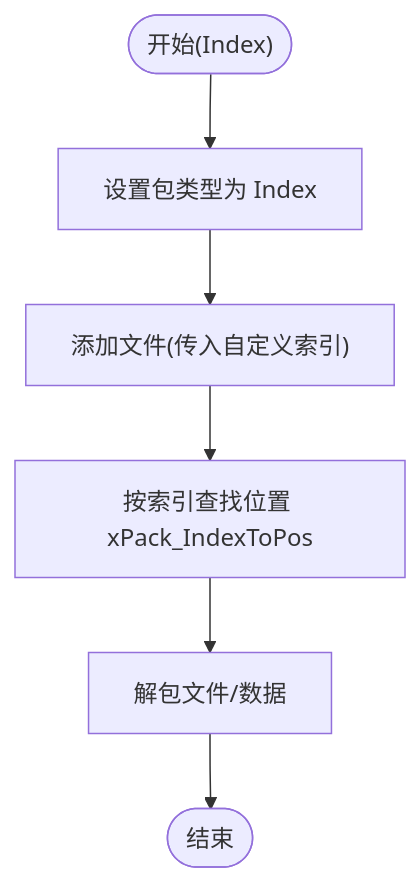
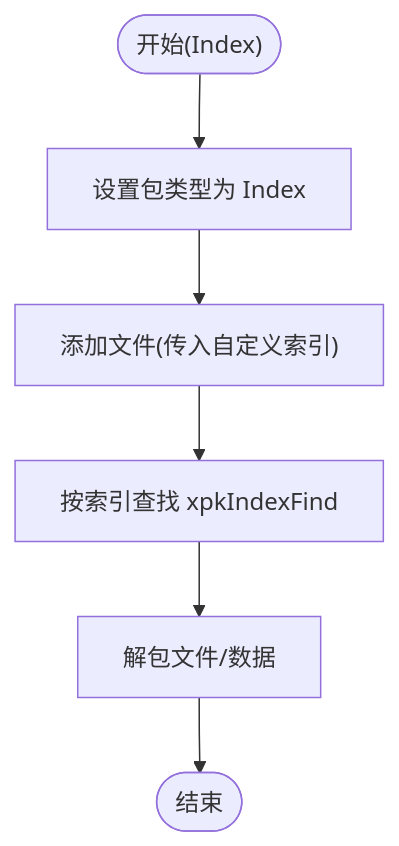
One commit to xywhsoft/xpack changed the fourth of 7 diagrams in .qoder/repowiki/zh/content/文件包模式详解/文件包模式详解.md. Above: the diagram before and after it, drawn with Mermaid. The commit also changed other lines of this file and 23 other files, not shown here.

````diff
--- a/.qoder/repowiki/zh/content/文件包模式详解/文件包模式详解.md
+++ b/.qoder/repowiki/zh/content/文件包模式详解/文件包模式详解.md
@@ -163,8 +187,8 @@
 ```mermaid
 flowchart TD
 Start(["开始(Index)"]) --> SetType["设置包类型为 Index"]
 SetType --> Append["添加文件(传入自定义索引)"]
-Append --> Lookup["按索引查找位置 xPack_IndexToPos"]
+Append --> Lookup["按索引查找 xpkIndexFind"]
 Lookup --> Unpack["解包文件/数据"]
 Unpack --> End(["结束"])
 ```
````
